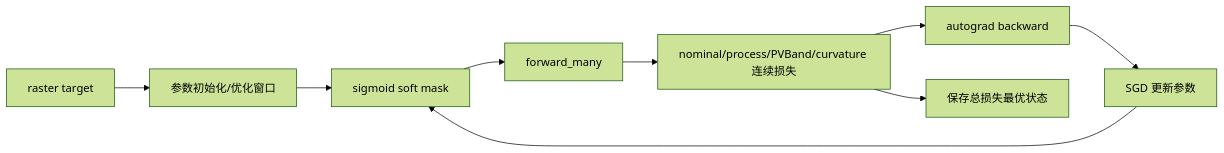
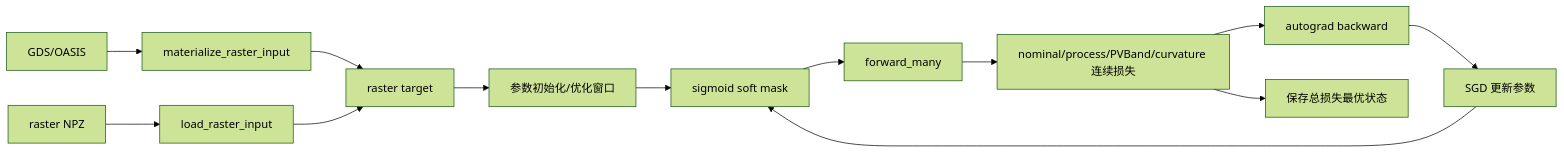
The sixth of 10 diagrams in doc/function_call_architecture.md (Eve429/MyOPC), drawn with Mermaid (forest theme) before and after one commit. The commit also changed other lines of this file and 15 other files, not shown here.

````diff
--- a/doc/function_call_architecture.md
+++ b/doc/function_call_architecture.md
@@ -156,11 +156,15 @@
 ```mermaid
 flowchart LR
-    A[raster target] --> B[参数初始化/优化窗口]
+    X[GDS/OASIS] --> Y[materialize_raster_input]
+    Z[raster NPZ] --> W[load_raster_input]
+    Y --> A[raster target]
+    W --> A
+    A --> B[参数初始化/优化窗口]
     B --> C[sigmoid soft mask]
     C --> D[forward_many]
     D --> E[nominal/process/PVBand/curvature 连续损失]
     E --> F[autograd backward]
     F --> G[SGD 更新参数]
     G --> C
     E --> H[保存总损失最优状态]
 ```
````
